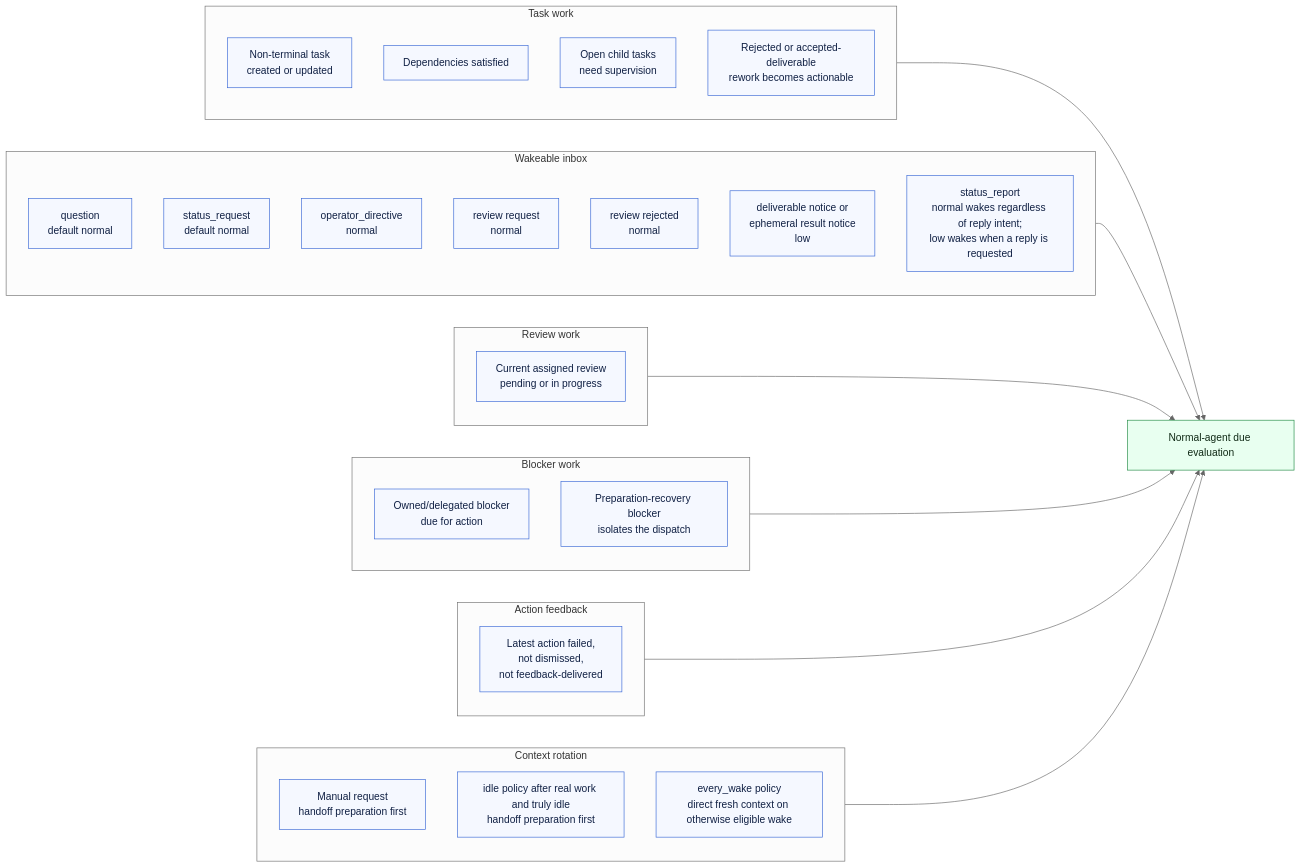
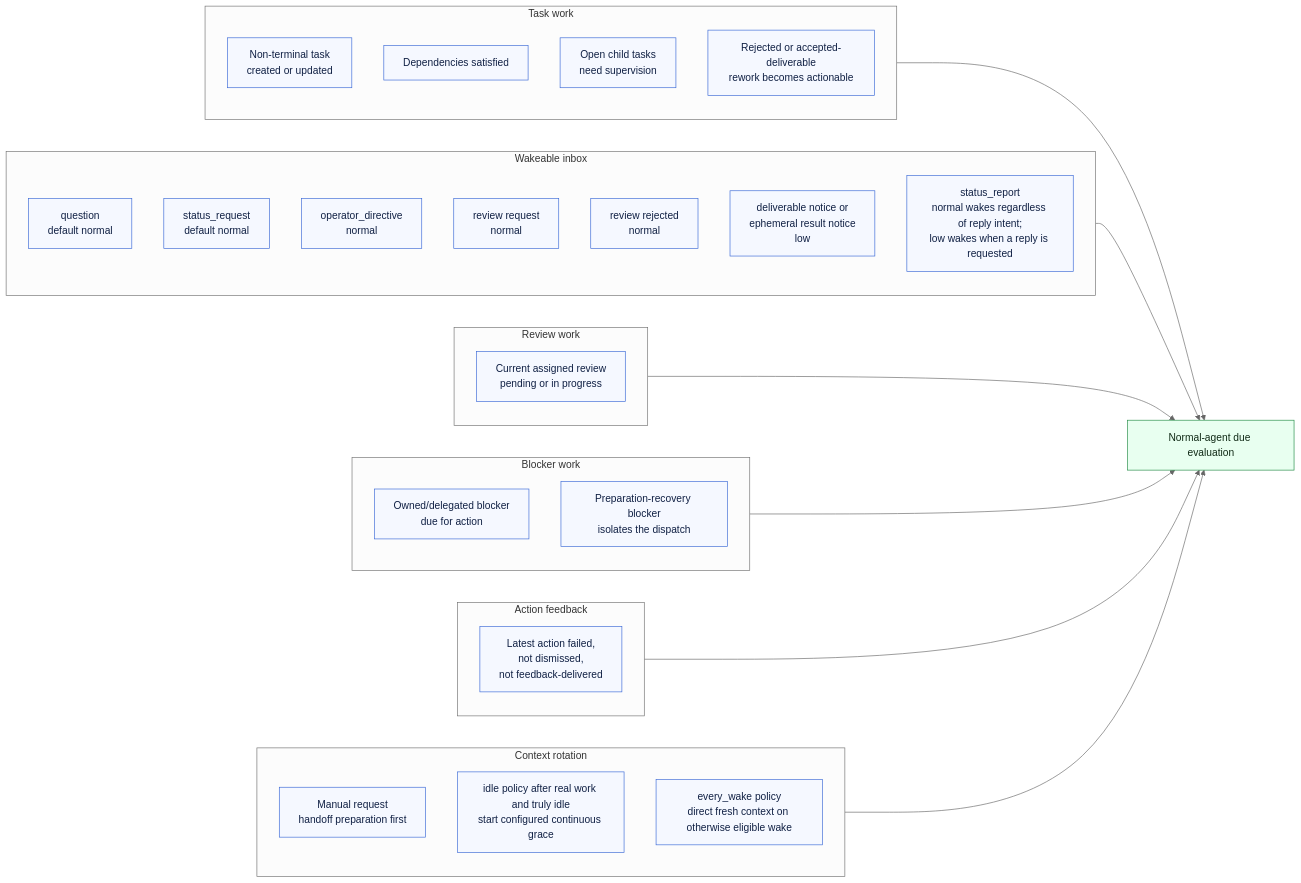
One commit to QuinthSoftwareSolutions/evander changed the fourth of 10 diagrams in docs/team-addon-wake-decision-tree.md. Above: the diagram before and after it, drawn with Mermaid (neutral theme). The commit also changed other lines of this file and 20 other files, not shown here.

Commit message:
feat(team): add idle context grace

````diff
--- a/docs/team-addon-wake-decision-tree.md
+++ b/docs/team-addon-wake-decision-tree.md
@@ -202,50 +202,50 @@
 ```mermaid
 flowchart LR
     subgraph TaskWork["Task work"]
         new_task["Non-terminal task<br/>created or updated"]
         deps["Dependencies satisfied"]
         children["Open child tasks<br/>need supervision"]
         rework["Rejected or accepted-deliverable<br/>rework becomes actionable"]
     end
 
     subgraph Inbox["Wakeable inbox"]
         question["question<br/>default normal"]
         status_request["status_request<br/>default normal"]
         operator_directive["operator_directive<br/>normal"]
         review_request["review request<br/>normal"]
         review_rejected["review rejected<br/>normal"]
         low_notice["deliverable notice or<br/>ephemeral result notice<br/>low"]
         status_report["status_report<br/>normal wakes regardless of reply intent;<br/>low wakes when a reply is requested"]
     end
 
     subgraph Review["Review work"]
         review_pending["Current assigned review<br/>pending or in progress"]
     end
 
     subgraph Blocker["Blocker work"]
         blocker_due["Owned/delegated blocker<br/>due for action"]
         prep_recovery["Preparation-recovery blocker<br/>isolates the dispatch"]
     end
 
     subgraph Feedback["Action feedback"]
         invalid_action["Latest action failed,<br/>not dismissed,<br/>not feedback-delivered"]
     end
 
     subgraph Rotation["Context rotation"]
         manual["Manual request<br/>handoff preparation first"]
-        idle["idle policy after real work and truly idle<br/>handoff preparation first"]
+        idle["idle policy after real work and truly idle<br/>start configured continuous grace"]
         every_wake["every_wake policy<br/>direct fresh context on otherwise eligible wake"]
     end
 
     TaskWork --> normal_due["Normal-agent due evaluation"]
     Inbox --> normal_due
     Review --> normal_due
     Blocker --> normal_due
     Feedback --> normal_due
     Rotation --> normal_due
 
     classDef source fill:#f5f8ff,stroke:#3867d6,color:#102044;
     classDef sink fill:#e8fff0,stroke:#208a42,color:#102a16;
     class new_task,deps,children,rework,question,status_request,operator_directive,review_request,review_rejected,low_notice,status_report,review_pending,blocker_due,prep_recovery,invalid_action,manual,idle,every_wake source;
     class normal_due sink;
 ```
````
